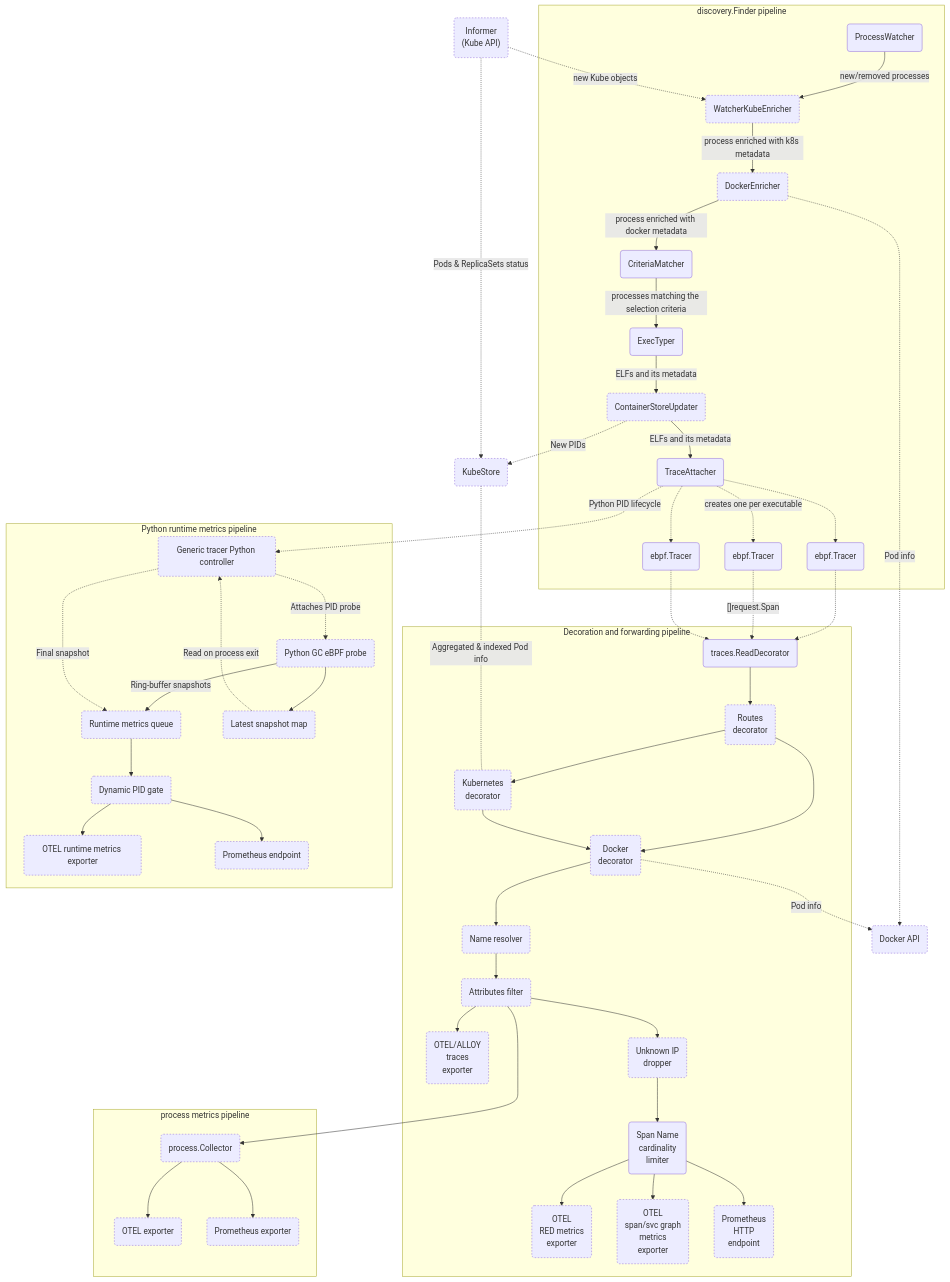
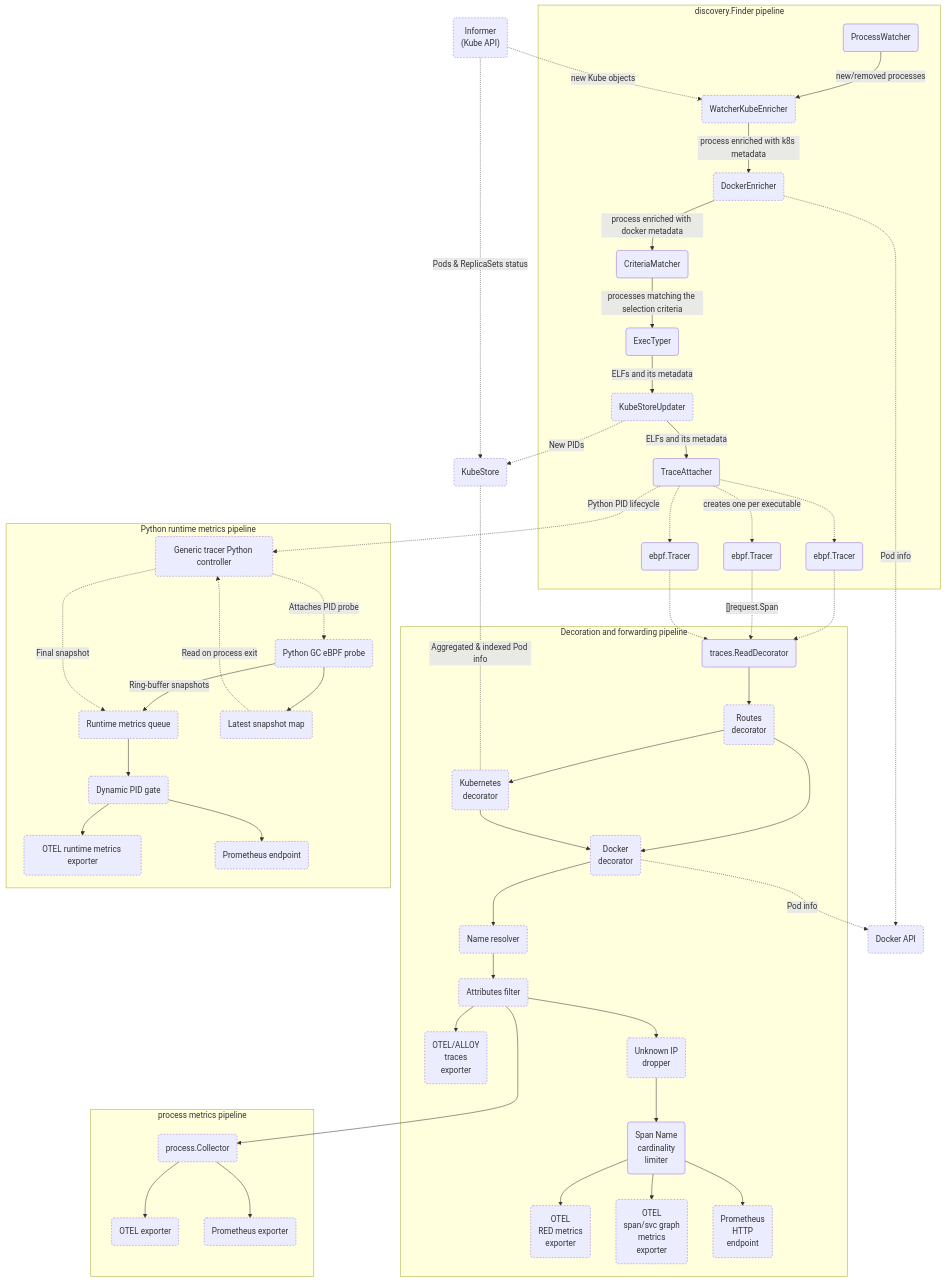
The first of 3 diagrams in devdocs/pipeline-map.md (open-telemetry/opentelemetry-ebpf-instrumentation), drawn with Mermaid before and after one commit. The commit also changed 3 other files, not shown here.

Commit message:
Rename ContainerStoreUpdaterProvider to KubeStoreUpdaterProvider

````diff
--- a/devdocs/pipeline-map.md
+++ b/devdocs/pipeline-map.md
@@ -19,61 +19,61 @@
 ```mermaid
 flowchart TD
     classDef optional stroke-dasharray: 3 3;
     subgraph discovery.Finder pipeline
         PW(ProcessWatcher) --> |new/removed processes| KWE
         KWE(WatcherKubeEnricher):::optional --> |process enriched with k8s metadata| DE
         DE(DockerEnricher):::optional --> |process enriched with docker metadata| CM
         CM(CriteriaMatcher) --> |processes matching the selection criteria| ET(ExecTyper)
         ET --> |ELFs and its metadata| CU
-        CU(ContainerStoreUpdater):::optional --> |ELFs and its metadata| TA
+        CU(KubeStoreUpdater):::optional --> |ELFs and its metadata| TA
         TA(TraceAttacher) -.-> EBPF1(ebpf.Tracer)
         TA -.-> |creates one per executable| EBPF2(ebpf.Tracer)
         TA -.-> EBPF3(ebpf.Tracer)
     end
     subgraph Decoration and forwarding pipeline
         EBPF1 -.-> TR
         EBPF2 -.-> |"[]request.Span"| TR
         EBPF3 -.-> TR
         TR(traces.ReadDecorator) --> ROUT(Routes<br/>decorator)
         ROUT:::optional --> DOCKDEC(Docker<br/>decorator)
         ROUT:::optional --> KD(Kubernetes<br/>decorator)
         KD:::optional --> DOCKDEC
         DOCKDEC:::optional --> NR
         NR(Name resolver):::optional --> AF
         
         AF(Attributes filter):::optional --> OTELT(OTEL/ALLOY<br/> traces<br/> exporter):::optional
 
         
         AF --> IPD(Unknown IP<br/>dropper):::optional
         IPD --> SNCL(Span Name<br/>cardinality<br/>limiter)
         SNCL --> OTELRM(OTEL<br/>RED metrics<br/> exporter):::optional
         SNCL --> OTELSM(OTEL<br/>span/svc graph<br/>metrics<br/> exporter):::optional
         SNCL --> PROM(Prometheus<br/>HTTP<br/>endpoint):::optional
     end
     CU -.-> |New PIDs| KSTORE
     DE -.-> |Pod info| DOCKAPI(Docker API):::optional
     DOCKDEC -.-> |Pod info| DOCKAPI(Docker API):::optional
     KSTORE(KubeStore):::optional <-.- | Aggregated & indexed Pod info | KD
     IF("Informer<br/>(Kube API)"):::optional -.-> |Pods & ReplicaSets status| KSTORE
     IF -.-> |new Kube objects| KWE
     AF ---> PC
     subgraph process metrics pipeline
         PC("process.Collector"):::optional --> POTEL
         PC --> PPROM
         POTEL("OTEL exporter"):::optional
         PPROM("Prometheus exporter"):::optional
     end
     TA -.-> |Python PID lifecycle| PYTHON
     subgraph Python runtime metrics pipeline
         PYTHON("Generic tracer Python controller"):::optional -.-> |Attaches PID probe| PYBPF("Python GC eBPF probe"):::optional
         PYBPF --> |Ring-buffer snapshots| PYQUEUE("Runtime metrics queue"):::optional
         PYBPF --> PYMAP("Latest snapshot map"):::optional
         PYMAP -.-> |Read on process exit| PYTHON
         PYTHON -.-> |Final snapshot| PYQUEUE
         PYQUEUE --> RMGATE
         RMGATE("Dynamic PID gate"):::optional --> PYOTEL
         RMGATE --> PYPROM
         PYOTEL("OTEL runtime metrics exporter"):::optional
         PYPROM("Prometheus endpoint"):::optional
     end
 ```
````
